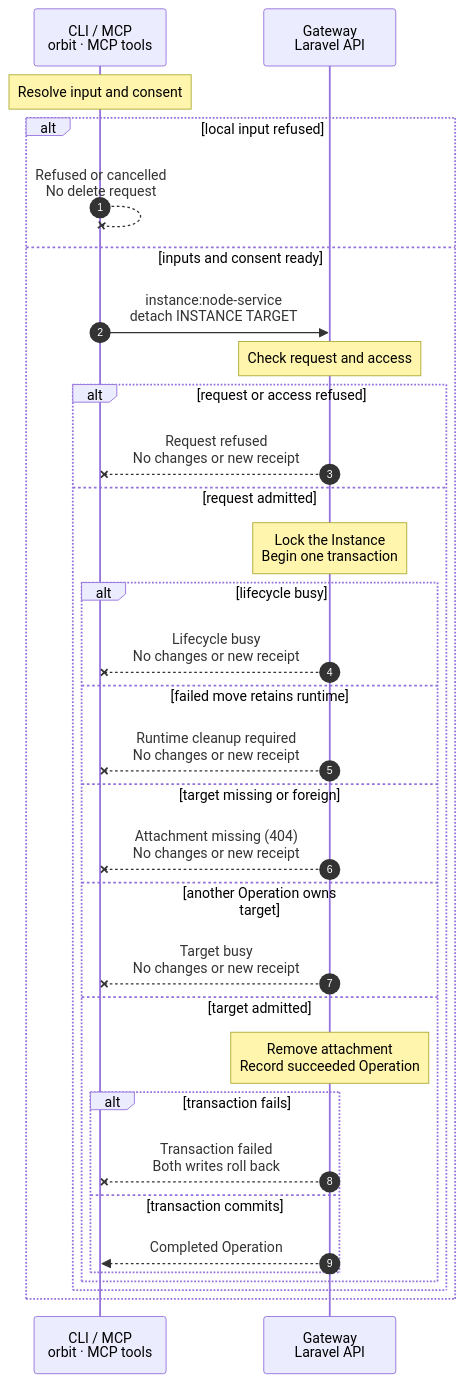
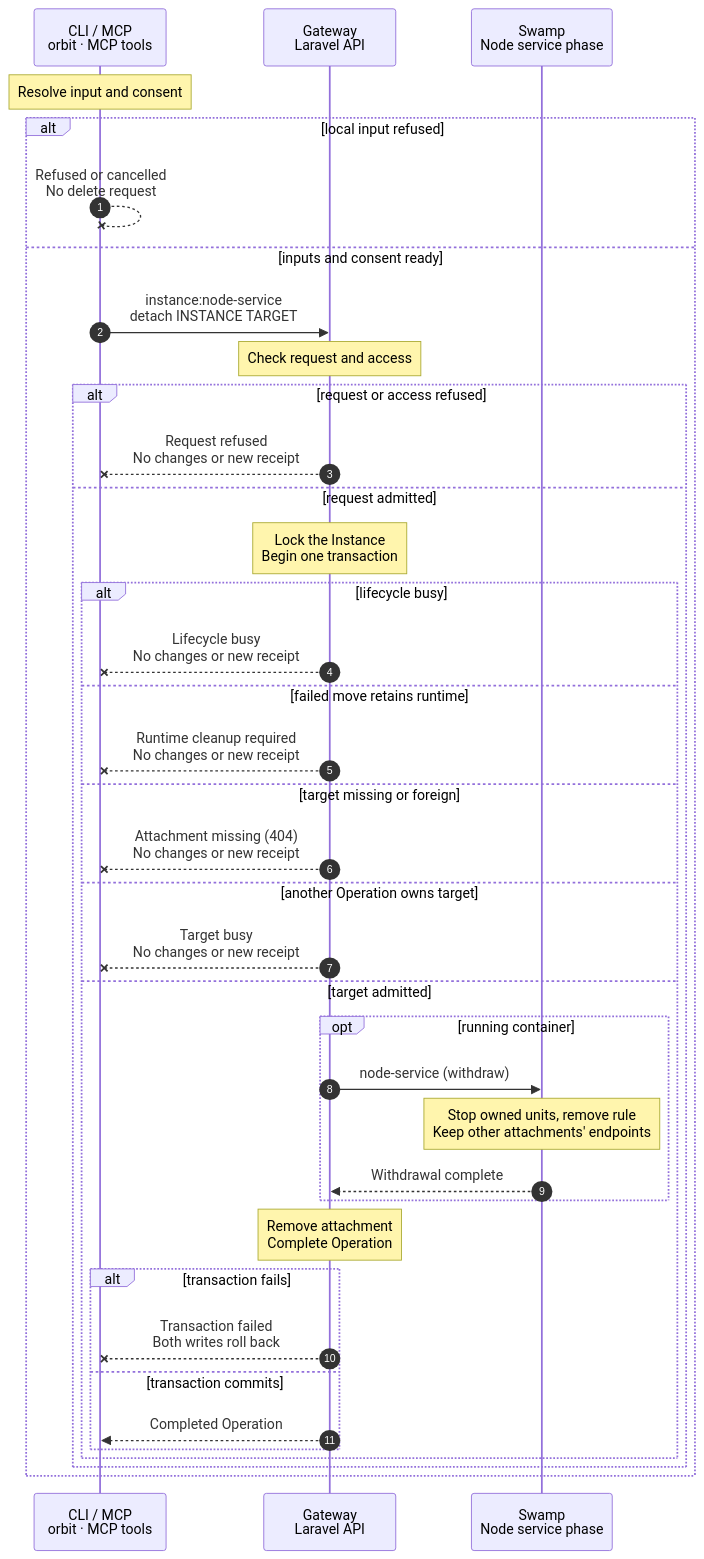
Before and after one commit to hardimpactdev/orbit: the diagram in docs/cli/instance/node-service-detach.mmd, drawn with Mermaid. The commit also changed 5 other files, not shown here.

Commit message:
docs: specify scoped Node service target access

```diff
--- a/docs/cli/instance/node-service-detach.mmd
+++ b/docs/cli/instance/node-service-detach.mmd
@@ -1,66 +1,74 @@
 sequenceDiagram
-  %% Record-only detach: the Gateway action and shared admission guards.
+  %% Withdraw container access before deleting the attachment.
   %% status: draft
   %% command: instance:node-service:detach
   %% kind: instance.node_service_detach
   autonumber
   %% lane CALL icon=terminal pill=caller tone=gray
   %% lane GW icon=gateway pill=intent tone=blue
   participant CALL as CLI / MCP<br/>orbit · MCP tools
   participant GW as Gateway<br/>Laravel API
+  participant SW as Swamp<br/>Node service phase
   Note over CALL: Resolve input and consent
   %%> When:
   %%> - Omitted Instance and attachment IDs use registry choices. The attachment GET is scoped to the selected Instance and completes before consent.
   alt local input refused
     CALL--xCALL: Refused or cancelled<br/>No delete request
     %%> On failure:
     %%> - instance.id_invalid refuses an invalid supplied or missing noninteractive Instance ID, or an empty Instance list after the registry GET; no mutation request is sent.
     %%> - instance.node_service_target_id_invalid refuses an invalid supplied attachment ID, an omitted attachment ID in JSON or noninteractive mode, or an empty attachment list after its registry GET; no mutation request is sent.
     %%> - instance.node_service_confirmation_required refuses a JSON or noninteractive call without --yes.
     %%> - input.cancelled ends a cancelled terminal selection or confirmation, or declined consent, before mutation.
     %%> - State stays unchanged. Invalid supplied IDs, missing noninteractive IDs and missing noninteractive consent send no request. Terminal selection or confirmation cancellation can follow registry reads.
   else inputs and consent ready
     CALL->>GW: instance:node-service<br/>detach INSTANCE TARGET
     %%> Command:
     %%> - orbit instance:node-service:detach INSTANCE TARGET
     %%> - syntax: instance:node-service:detach
     Note over GW: Check request and access
     %%> On failure:
     %%> - peer.identity_unknown or node_access.required (403): the caller lacks authority.
     %%> - http.404 (404): the Instance cannot be resolved.
     %%> - validation.failed (422) or operation.idempotency_conflict (409): the request key is invalid or conflicts.
     %%> - Every refusal leaves state unchanged and creates no new receipt.
     alt request or access refused
       GW--xCALL: Request refused<br/>No changes or new receipt
     else request admitted
       Note over GW: Lock the Instance<br/>Begin one transaction
       alt lifecycle busy
         GW--xCALL: Lifecycle busy<br/>No changes or new receipt
         %%> On failure:
         %%> - instance.lifecycle_busy (409): the Instance is not active, migration is running or a detach is already running.
       else failed move retains runtime
         GW--xCALL: Runtime cleanup required<br/>No changes or new receipt
         %%> On failure:
         %%> - instance.node_service_runtime_cleanup_required (409): retry instance:migrate to finish or restore the move before detaching.
       else target missing or foreign
         GW--xCALL: Attachment missing (404)<br/>No changes or new receipt
         %%> On failure:
         %%> - instance.node_service_target_missing: the attachment must belong to the selected Instance.
       else another Operation owns target
         GW--xCALL: Target busy<br/>No changes or new receipt
         %%> On failure:
         %%> - operation.target_busy (409): the Instance's Operation lock is held.
       else target admitted
-        Note over GW: Remove attachment<br/>Record succeeded Operation
+        opt running container
+          GW->>SW: node-service (withdraw)
+          Note over SW: Stop owned units, remove rule<br/>Keep other attachments' endpoints
+          %%> On failure:
+          %%> - Keep the attachment; retry completes the withdrawal.
+          SW-->>GW: Withdrawal complete
+        end
+        Note over GW: Remove attachment<br/>Complete Operation
         %%> When:
-        %%> - The Instance uses its checkout or has completed migration successfully.
+        %%> - A checkout needs no Node work. A container keeps the record until withdrawal succeeds.
         alt transaction fails
           GW--xCALL: Transaction failed<br/>Both writes roll back
           %%> On failure:
           %%> - The attachment remains and no new receipt is persisted, including no failed receipt.
         else transaction commits
           GW-->>CALL: Completed Operation
         end
       end
     end
   end
```
